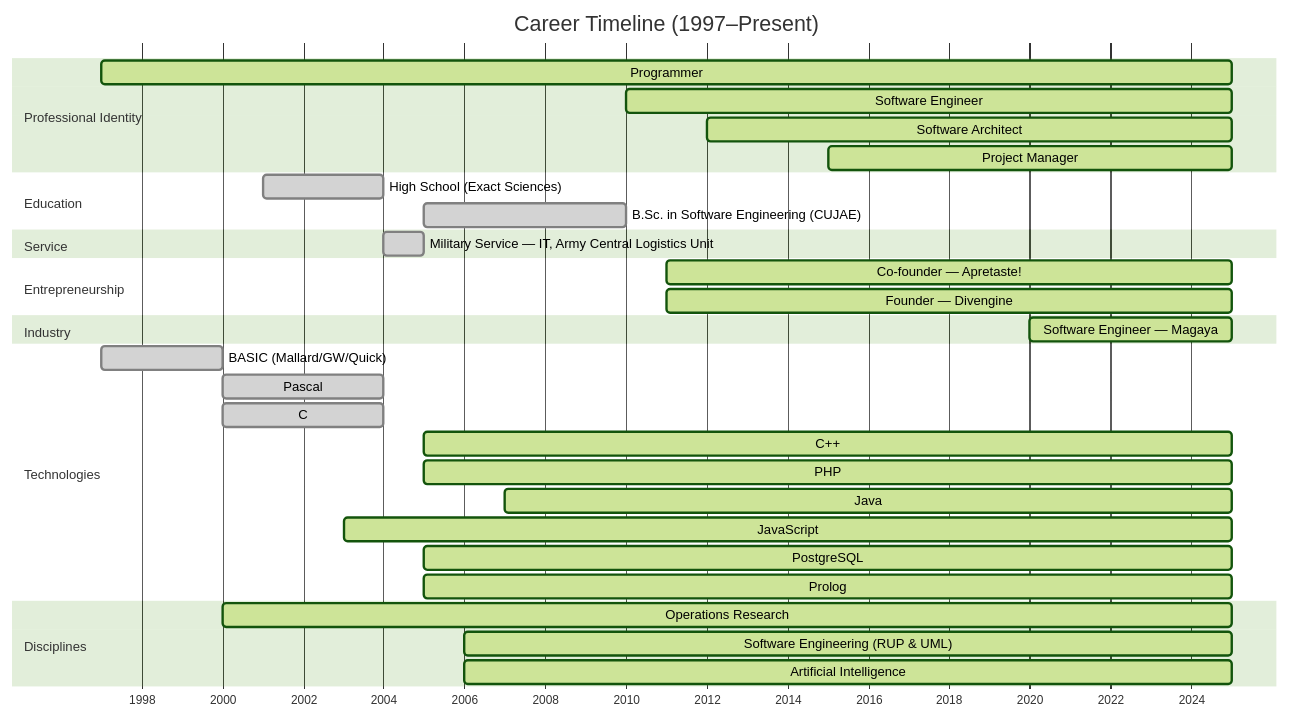
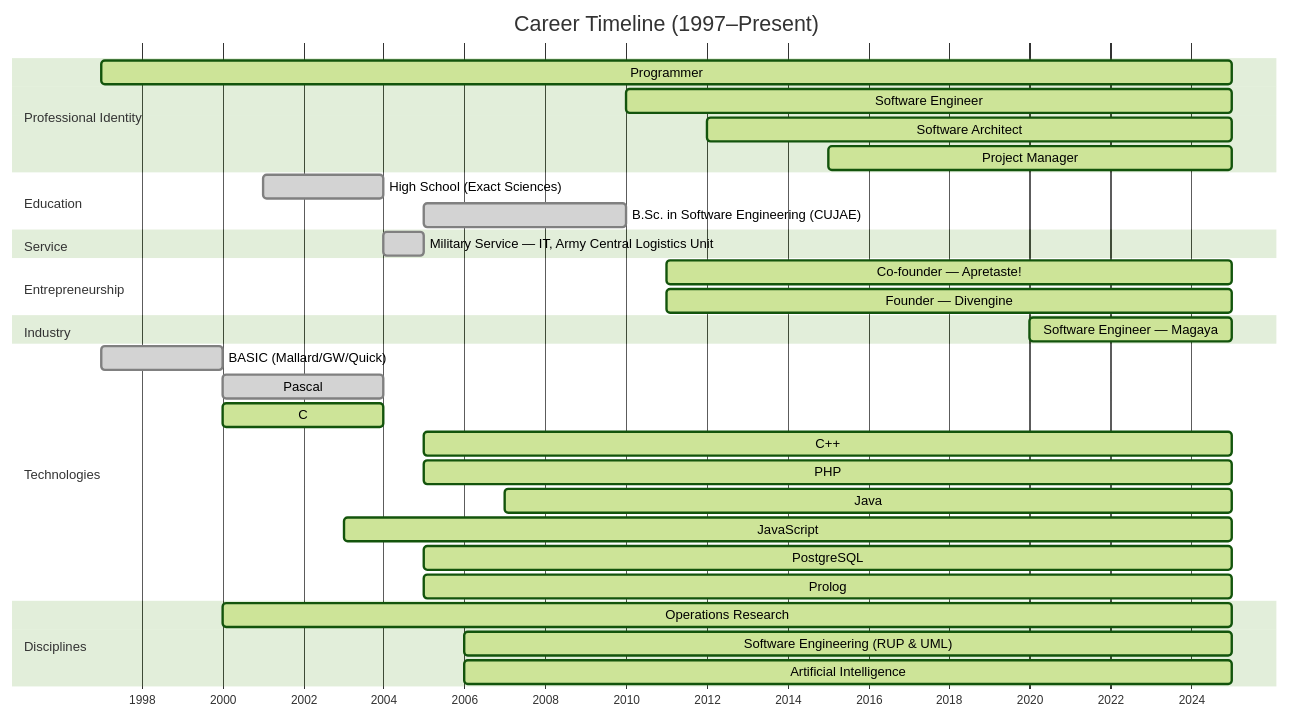
One commit to rafageist/rafageist changed the diagram in README.md. Above: the diagram before and after it, drawn with Mermaid (forest theme).

````diff
--- a/README.md
+++ b/README.md
@@ -25,43 +25,43 @@
 ```mermaid
 gantt
   dateFormat  YYYY
   axisFormat  %Y
   title  Career Timeline (1997–Present)
   todayMarker on
 
   section Professional Identity
   Programmer                                :active, se, 1997, 2025
   Software Engineer                         :active, se, 2010, 2025
   Software Architect                        :active, sa, 2012, 2025
   Project Manager                           :active, pm, 2015, 2025
 
   section Education
   High School (Exact Sciences)              :done,  hs, 2001, 2004
   B.Sc. in Software Engineering (CUJAE)     :done,  bs, 2005, 2010
 
   section Service
   Military Service — IT, Army Central Logistics Unit :done, mil, 2004, 2005
 
   section Entrepreneurship
   Co‑founder — Apretaste!                   :active, ap, 2011, 2025
   Founder — Divengine                       :active, de, 2011, 2025
 
   section Industry
   Software Engineer — Magaya                :active, mg, 2020, 2025
 
   section Technologies
   BASIC (Mallard/GW/Quick)                  :done,   bas, 1997, 2000
   Pascal                                    :done,   pas, 2000, 2004
-  C                                         :done,   c,   2000, 2004
+  C                                         :active,   c,   2000, 2004
   C++                                       :active, cpp, 2005, 2025
   PHP                                       :active, php, 2005, 2025
   Java                                      :active, jav, 2007, 2025
   JavaScript                                :active, js,  2003, 2025
   PostgreSQL                                :active, pg,  2005, 2025
   Prolog                                    :active, pl,  2005, 2025
 
   section Disciplines
   Operations Research                       :active, or,  2000, 2025
   Software Engineering (RUP & UML)          :active, rup, 2006, 2025
   Artificial Intelligence                   :active, ai,  2006, 2025
 ```
````
